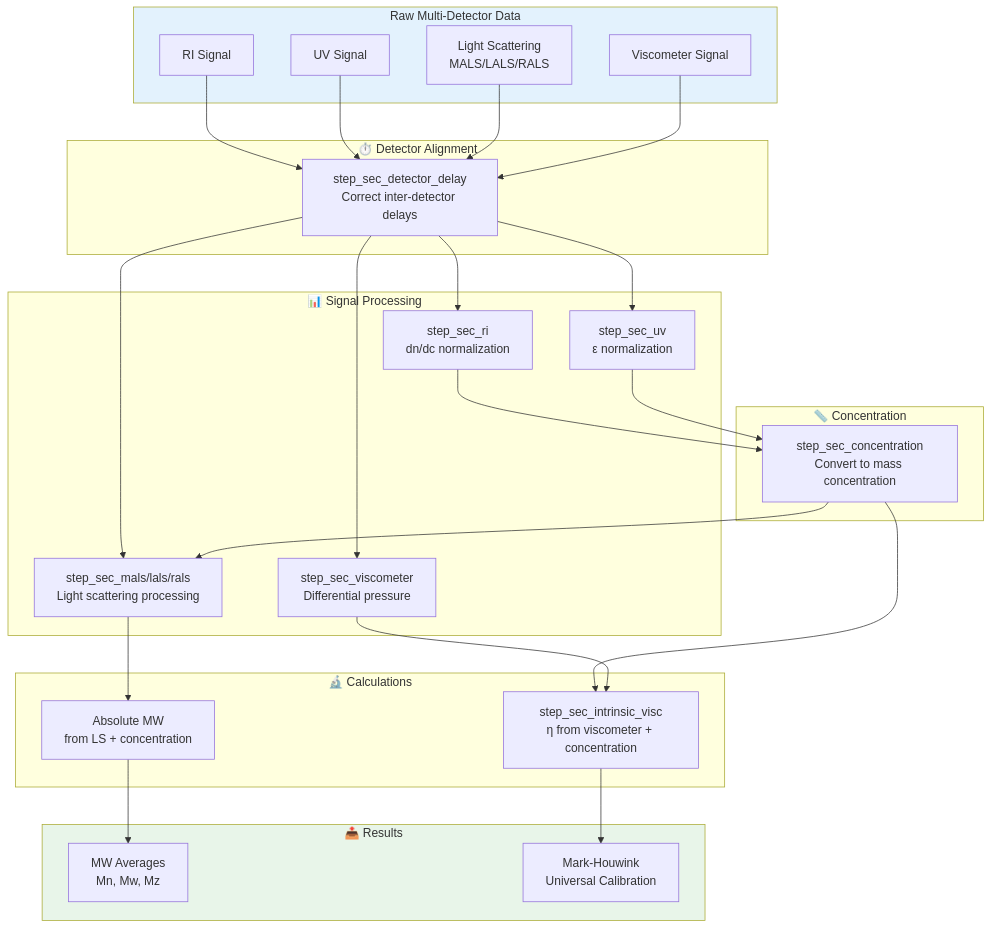
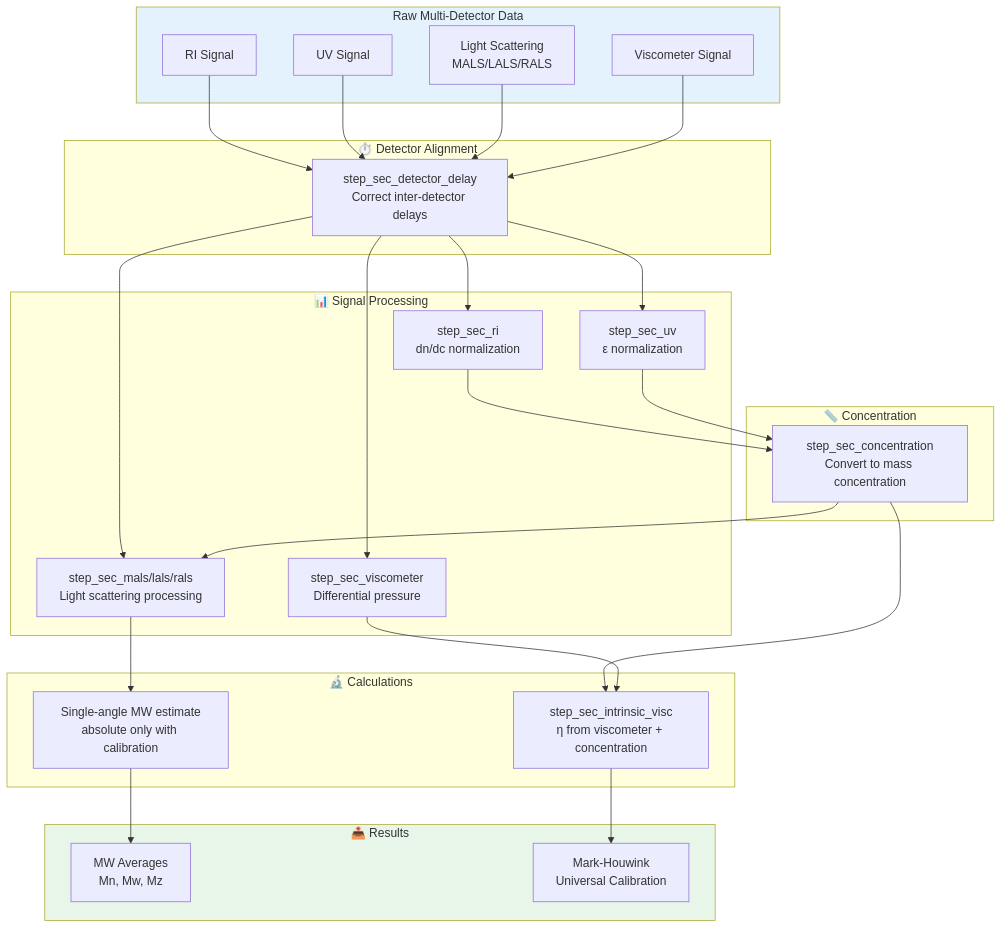
Before and after one commit to JamesHWade/measure.sec: the diagram in vignettes/triple-detection.Rmd, drawn with Mermaid. The commit also changed other lines of this file and 5 other files, not shown here.

````diff
--- a/vignettes/triple-detection.Rmd
+++ b/vignettes/triple-detection.Rmd
@@ -89,47 +50,47 @@
 ```mermaid
 flowchart TB
     subgraph Input["Raw Multi-Detector Data"]
         A1[RI Signal]
         A2[UV Signal]
         A3[Light Scattering<br>MALS/LALS/RALS]
         A4[Viscometer Signal]
     end
 
     subgraph Align["⏱️ Detector Alignment"]
         B[step_sec_detector_delay<br>Correct inter-detector delays]
     end
 
     subgraph Process["📊 Signal Processing"]
         C1[step_sec_ri<br>dn/dc normalization]
         C2[step_sec_uv<br>ε normalization]
         C3[step_sec_mals/lals/rals<br>Light scattering processing]
         C4[step_sec_viscometer<br>Differential pressure]
     end
 
     subgraph Concentration["📏 Concentration"]
         D0[step_sec_concentration<br>Convert to mass concentration]
     end
 
     subgraph Calculate["🔬 Calculations"]
-        D2[Absolute MW<br>from LS + concentration]
+        D2[Single-angle MW estimate<br>absolute only with calibration]
         D4[step_sec_intrinsic_visc<br>η from viscometer + concentration]
     end
 
     subgraph Results["📤 Results"]
         E1[MW Averages<br>Mn, Mw, Mz]
         E3[Mark-Houwink<br>Universal Calibration]
     end
 
     A1 & A2 & A3 & A4 --> B
     B --> C1 & C2 & C3 & C4
     C1 & C2 --> D0
     D0 --> C3
     D0 --> D4
     C3 --> D2
     C4 --> D4
     D2 --> E1
     D4 --> E3
 
     style Input fill:#e3f2fd
     style Results fill:#e8f5e9
 ```
````
